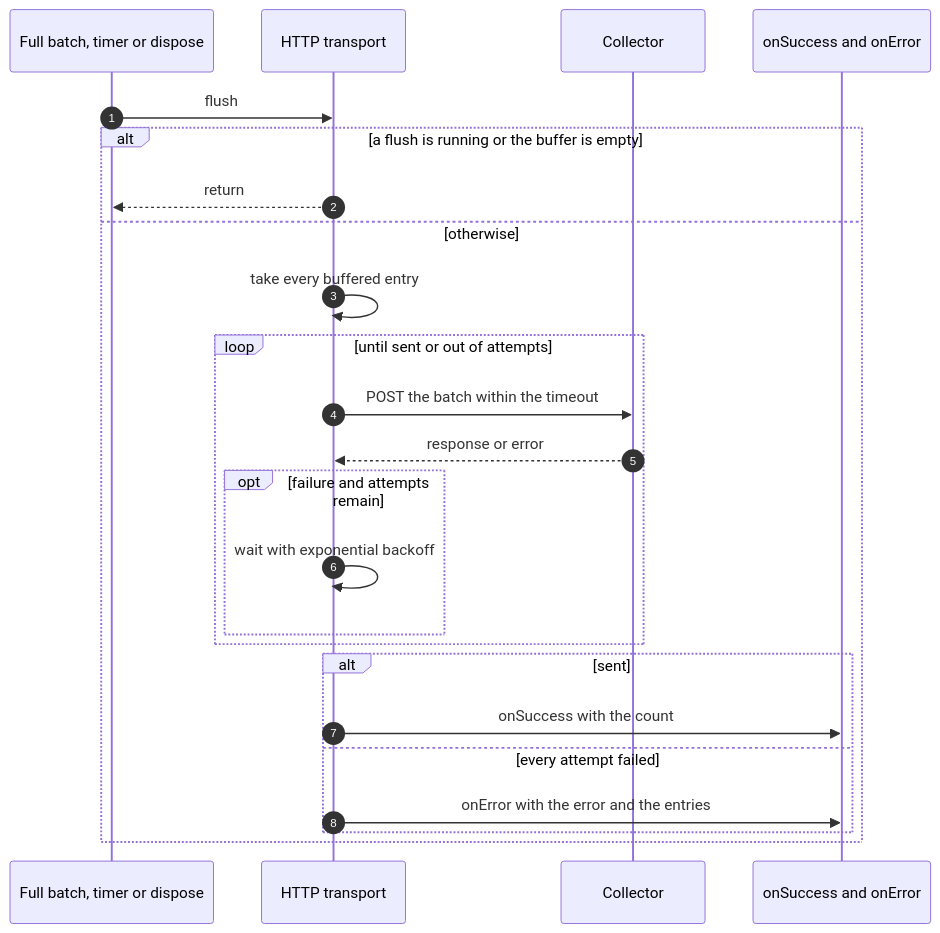
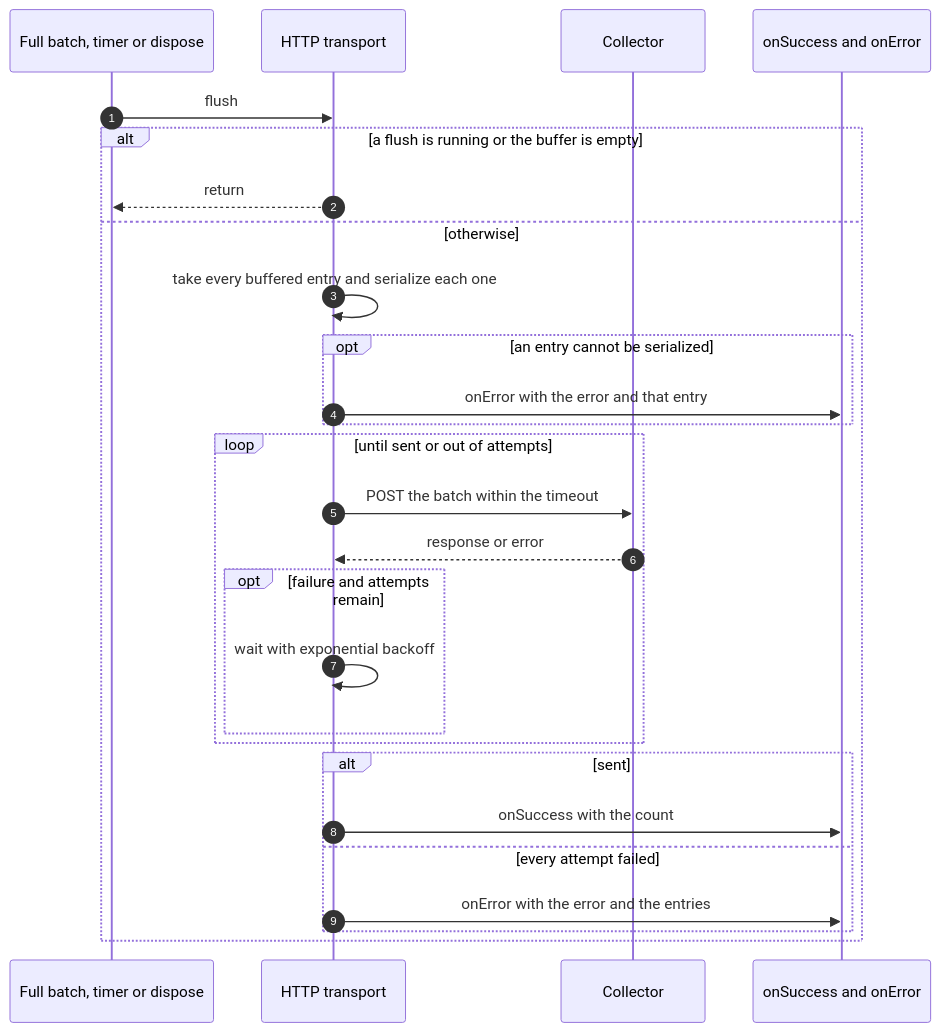
The second of 2 diagrams in packages/logger/docs/transports/http.md (NextNodeSolutions/core), drawn with Mermaid before and after one commit. The commit also changed other lines of this file and 2 other files, not shown here.

First line of the commit message:
fix(logger): keep an unserializable entry from failing its batch

````diff
--- a/packages/logger/docs/transports/http.md
+++ b/packages/logger/docs/transports/http.md
@@ -86,26 +87,29 @@
 ```mermaid
 sequenceDiagram
     autonumber
     participant Trigger as Full batch, timer or dispose
     participant T as HTTP transport
     participant C as Collector
     participant Hooks as onSuccess and onError
     Trigger->>T: flush
     alt a flush is running or the buffer is empty
         T-->>Trigger: return
     else otherwise
-        T->>T: take every buffered entry
+        T->>T: take every buffered entry and serialize each one
+        opt an entry cannot be serialized
+            T->>Hooks: onError with the error and that entry
+        end
         loop until sent or out of attempts
             T->>C: POST the batch within the timeout
             C-->>T: response or error
             opt failure and attempts remain
                 T->>T: wait with exponential backoff
             end
         end
         alt sent
             T->>Hooks: onSuccess with the count
         else every attempt failed
             T->>Hooks: onError with the error and the entries
         end
     end
 ```
````
